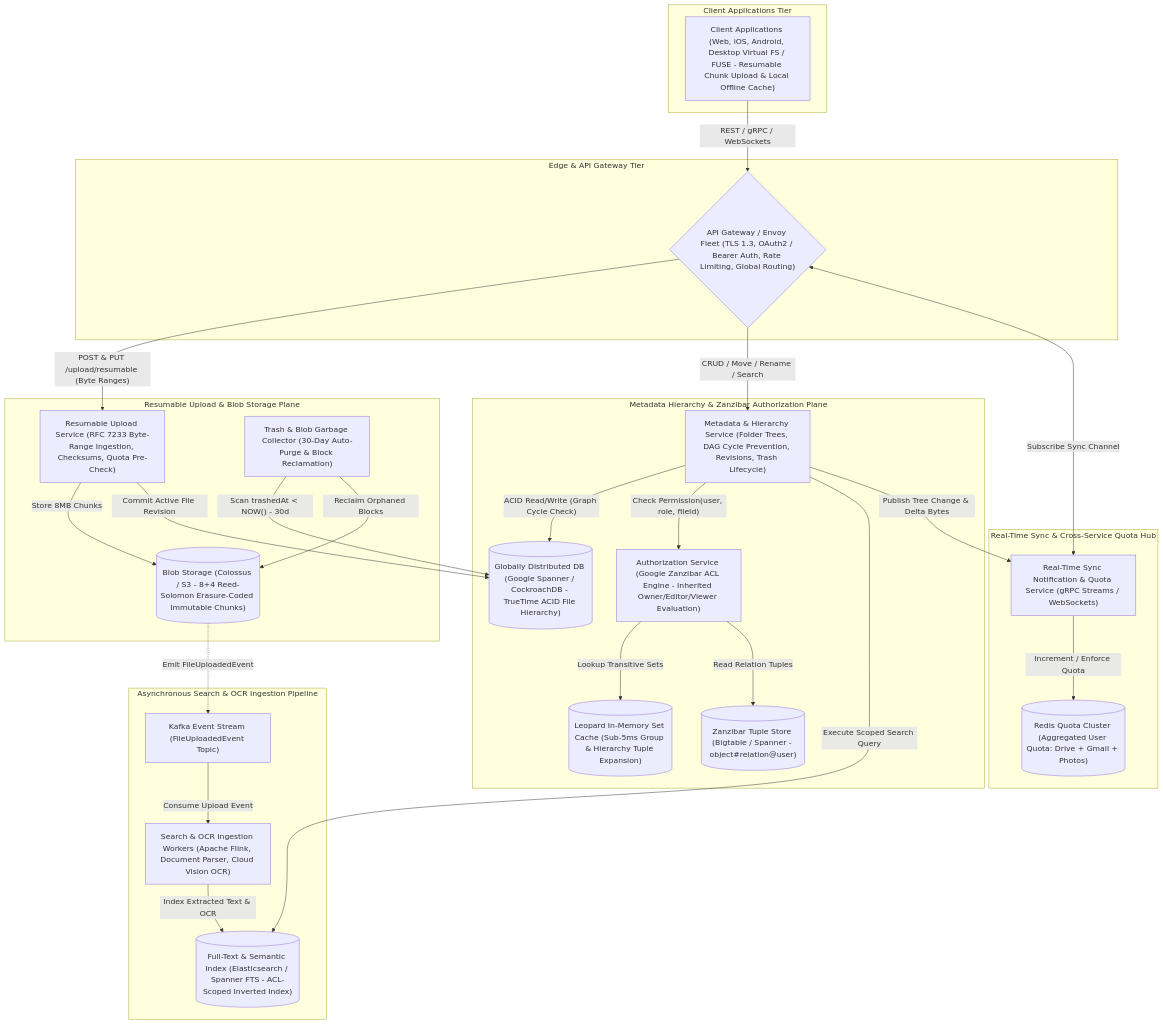
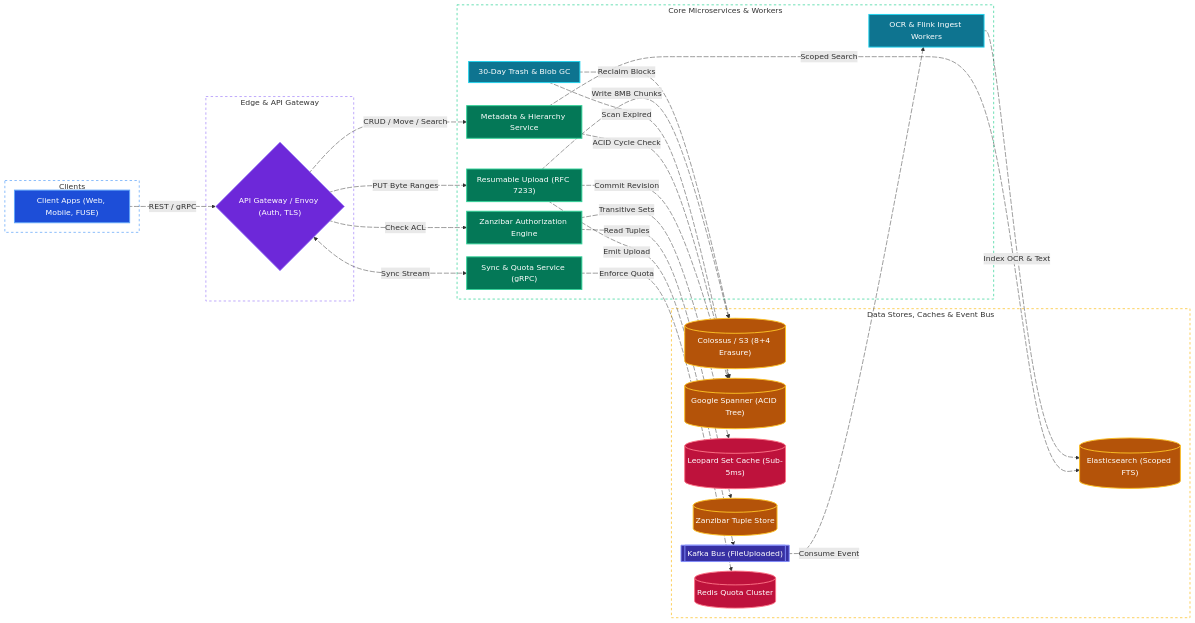
The fourth of 4 diagrams in system-design/google-drive.md (tarunbatta/tech-interview-prep), drawn with Mermaid before and after one commit. The commit also changed other lines of this file and 30 other files, not shown here.

First line of the commit message:
docs(system-design): convert Mermaid flowcharts to LR with colors and animated edges

````diff
--- a/system-design/google-drive.md
+++ b/system-design/google-drive.md
@@ -277,48 +301,83 @@
 ```mermaid
-flowchart TD
-    subgraph ClientTier["Client Applications Tier"]
-        Client["Client Applications (Web, iOS, Android, Desktop Virtual FS / FUSE - Resumable Chunk Upload & Local Offline Cache)"]
+%%{init: {'flowchart': {'nodeSpacing': 20, 'rankSpacing': 40, 'padding': 10}}}%%
+flowchart LR
+    subgraph ClientTier["Clients"]
+        Client["Client Apps (Web, Mobile, FUSE)"]
     end
-    subgraph GatewayTier["Edge & API Gateway Tier"]
-        Gateway{"API Gateway / Envoy Fleet (TLS 1.3, OAuth2 / Bearer Auth, Rate Limiting, Global Routing)"}
+    subgraph EdgeTier["Edge & API Gateway"]
+        Gateway{"API Gateway / Envoy (Auth, TLS)"}
     end
-    subgraph StorageAndUpload["Resumable Upload & Blob Storage Plane"]
-        UploadSvc["Resumable Upload Service (RFC 7233 Byte-Range Ingestion, Checksums, Quota Pre-Check)"]
-        BlobStore[("Blob Storage (Colossus / S3 - 8+4 Reed-Solomon Erasure-Coded Immutable Chunks)")]
-        TrashGC["Trash & Blob Garbage Collector (30-Day Auto-Purge & Block Reclamation)"]
+    subgraph CoreServices["Core Microservices & Workers"]
+        UploadSvc["Resumable Upload (RFC 7233)"]
+        MetaSvc["Metadata & Hierarchy Service"]
+        Zanzibar["Zanzibar Authorization Engine"]
+        NotifySvc["Sync & Quota Service (gRPC)"]
+        SearchPipe["OCR & Flink Ingest Workers"]
+        TrashGC["30-Day Trash & Blob GC"]
     end
-    subgraph MetadataAndACL["Metadata Hierarchy & Zanzibar Authorization Plane"]
-        MetaSvc["Metadata & Hierarchy Service (Folder Trees, DAG Cycle Prevention, Revisions, Trash Lifecycle)"]
-        Spanner[("Globally Distributed DB (Google Spanner / CockroachDB - TrueTime ACID File Hierarchy)")]
-        Zanzibar["Authorization Service (Google Zanzibar ACL Engine - Inherited Owner/Editor/Viewer Evaluation)"]
-        LeopardCache[("Leopard In-Memory Set Cache (Sub-5ms Group & Hierarchy Tuple Expansion)")]
-        ACLStore[("Zanzibar Tuple Store (Bigtable / Spanner - object#relation@user)")]
+    subgraph DataAndEventTier["Data Stores, Caches & Event Bus"]
+        BlobStore[("Colossus / S3 (8+4 Erasure)")]
+        Spanner[("Google Spanner (ACID Tree)")]
+        LeopardCache[("Leopard Set Cache (Sub-5ms)")]
+        ACLStore[("Zanzibar Tuple Store")]
+        KafkaBus[["Kafka Bus (FileUploaded)"]]
+        SearchIndex[("Elasticsearch (Scoped FTS)")]
+        RedisQuota[("Redis Quota Cluster")]
     end
-    subgraph SearchAndOCR["Asynchronous Search & OCR Ingestion Pipeline"]
-        KafkaBus["Kafka Event Stream (FileUploadedEvent Topic)"]
-        SearchPipe["Search & OCR Ingestion Workers (Apache Flink, Document Parser, Cloud Vision OCR)"]
-        SearchIndex[("Full-Text & Semantic Index (Elasticsearch / Spanner FTS - ACL-Scoped Inverted Index)")]
-    end
-    subgraph SyncAndQuota["Real-Time Sync & Cross-Service Quota Hub"]
-        NotifySvc["Real-Time Sync Notification & Quota Service (gRPC Streams / WebSockets)"]
-        RedisQuota[("Redis Quota Cluster (Aggregated User Quota: Drive + Gmail + Photos)")]
-    end
-    Client -->|"REST / gRPC / WebSockets"| Gateway
-    Gateway -->|"POST & PUT /upload/resumable (Byte Ranges)"| UploadSvc
-    UploadSvc -->|"Store 8MB Chunks"| BlobStore
-    UploadSvc -->|"Commit Active File Revision"| Spanner
-    Gateway -->|"CRUD / Move / Rename / Search"| MetaSvc
-    MetaSvc -->|"ACID Read/Write (Graph Cycle Check)"| Spanner
-    MetaSvc -->|"Check Permission(user, role, fileId)"| Zanzibar
-    Zanzibar -->|"Lookup Transitive Sets"| LeopardCache
-    Zanzibar -->|"Read Relation Tuples"| ACLStore
-    BlobStore -.->|"Emit FileUploadedEvent"| KafkaBus
-    KafkaBus -->|"Consume Upload Event"| SearchPipe
-    SearchPipe -->|"Index Extracted Text & OCR"| SearchIndex
-    MetaSvc -->|"Execute Scoped Search Query"| SearchIndex
-    Gateway <-->|"Subscribe Sync Channel"| NotifySvc
-    MetaSvc -->|"Publish Tree Change & Delta Bytes"| NotifySvc
-    NotifySvc -->|"Increment / Enforce Quota"| RedisQuota
-    TrashGC -->|"Scan trashedAt < NOW() - 30d"| Spanner
-    TrashGC -->|"Reclaim Orphaned Blocks"| BlobStore
+    Client e1@-->|"REST / gRPC"| Gateway
+    Gateway e2@-->|"PUT Byte Ranges"| UploadSvc
+    UploadSvc e3@-->|"Write 8MB Chunks"| BlobStore
+    UploadSvc e4@-->|"Commit Revision"| Spanner
+    UploadSvc e5@-->|"Emit Upload"| KafkaBus
+    Gateway e6@-->|"CRUD / Move / Search"| MetaSvc
+    MetaSvc e7@-->|"ACID Cycle Check"| Spanner
+    MetaSvc e8@-->|"Scoped Search"| SearchIndex
+    Gateway e9@-->|"Check ACL"| Zanzibar
+    Zanzibar e10@-->|"Transitive Sets"| LeopardCache
+    Zanzibar e11@-->|"Read Tuples"| ACLStore
+    KafkaBus e12@-->|"Consume Event"| SearchPipe
+    SearchPipe e13@-->|"Index OCR & Text"| SearchIndex
+    Gateway e14@<-->|"Sync Stream"| NotifySvc
+    NotifySvc e15@-->|"Enforce Quota"| RedisQuota
+    TrashGC e16@-->|"Scan Expired"| Spanner
+    TrashGC e17@-->|"Reclaim Blocks"| BlobStore
+
+    e1@{ animate: true }
+    e2@{ animate: true }
+    e3@{ animate: true }
+    e4@{ animate: true }
+    e5@{ animate: true }
+    e6@{ animate: true }
+    e7@{ animate: true }
+    e8@{ animate: true }
+    e9@{ animate: true }
+    e10@{ animate: true }
+    e11@{ animate: true }
+    e12@{ animate: true }
+    e13@{ animate: true }
+    e14@{ animate: true }
+    e15@{ animate: true }
+    e16@{ animate: true }
+    e17@{ animate: true }
+
+    classDef client fill:#1d4ed8,stroke:#60a5fa,stroke-width:2px,color:#ffffff
+    classDef edge fill:#6d28d9,stroke:#a78bfa,stroke-width:2px,color:#ffffff
+    classDef service fill:#047857,stroke:#34d399,stroke-width:2px,color:#ffffff
+    classDef worker fill:#0e7490,stroke:#22d3ee,stroke-width:2px,color:#ffffff
+    classDef cache fill:#be123c,stroke:#fb7185,stroke-width:2px,color:#ffffff
+    classDef storage fill:#b45309,stroke:#fbbf24,stroke-width:2px,color:#ffffff
+    classDef queue fill:#3730a3,stroke:#818cf8,stroke-width:2px,color:#ffffff
+
+    class Client client
+    class Gateway edge
+    class UploadSvc,MetaSvc,Zanzibar,NotifySvc service
+    class SearchPipe,TrashGC worker
+    class LeopardCache,RedisQuota cache
+    class BlobStore,Spanner,ACLStore,SearchIndex storage
+    class KafkaBus queue
+
+    style ClientTier fill:transparent,stroke:#60a5fa,stroke-width:1.5px,stroke-dasharray: 5 5
+    style EdgeTier fill:transparent,stroke:#a78bfa,stroke-width:1.5px,stroke-dasharray: 5 5
+    style CoreServices fill:transparent,stroke:#34d399,stroke-width:1.5px,stroke-dasharray: 5 5
+    style DataAndEventTier fill:transparent,stroke:#fbbf24,stroke-width:1.5px,stroke-dasharray: 5 5
 ```
````
